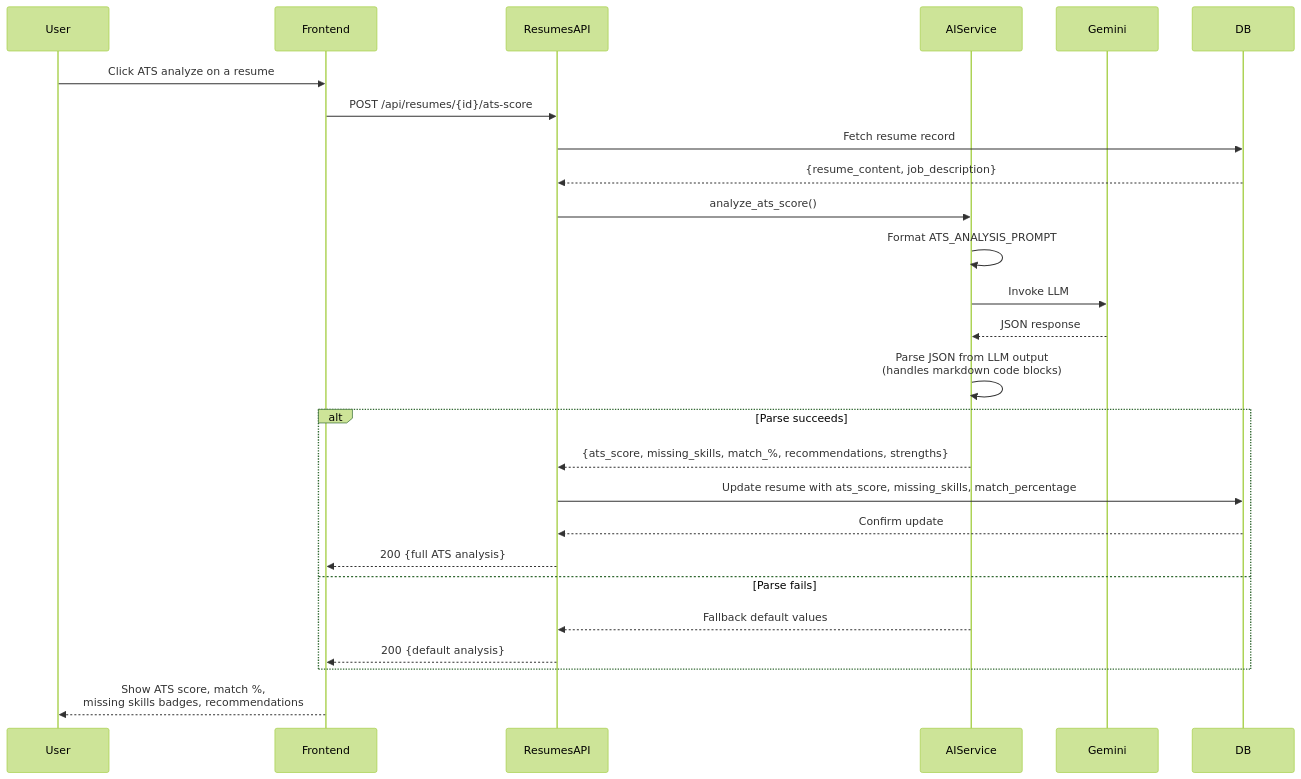
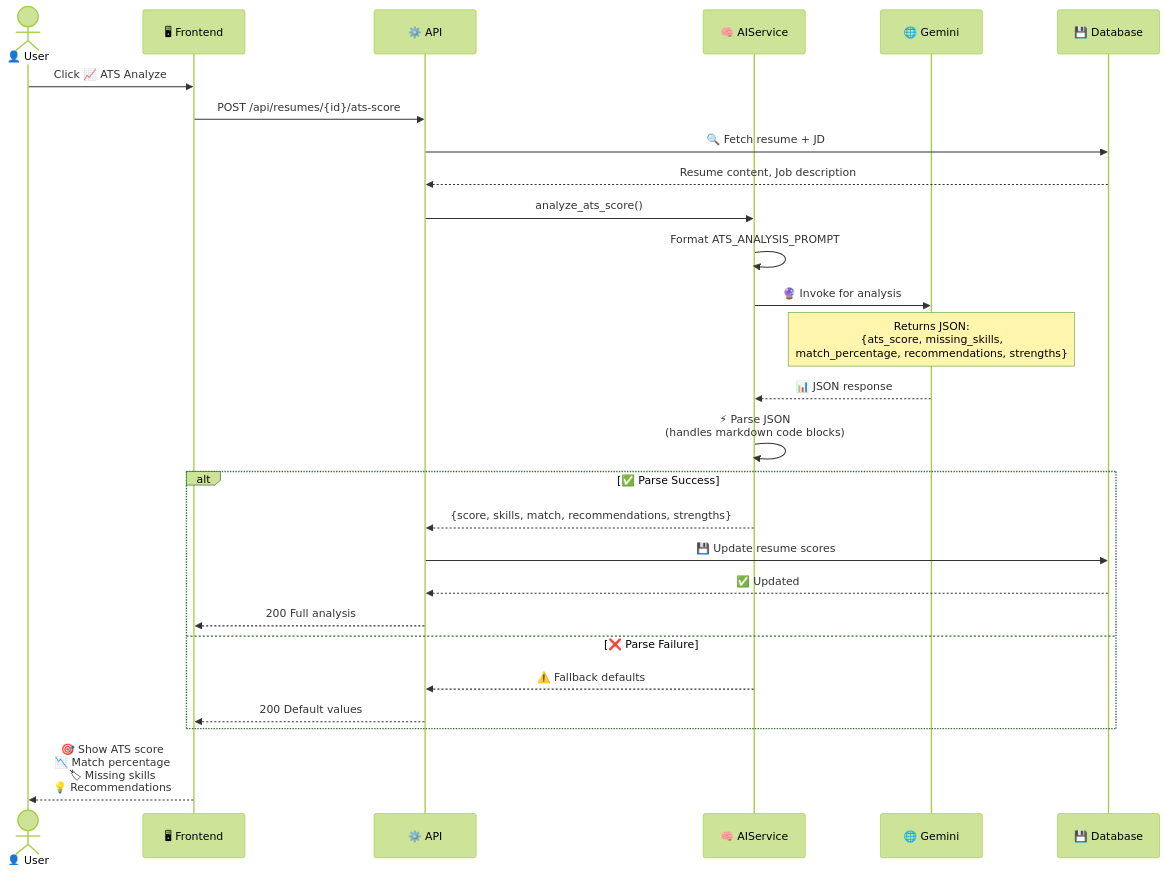
Before and after one commit to GaganCB2002/ColdForge: the third of 6 diagrams in README.md, drawn with Mermaid (forest theme). The commit also changed other lines of this file, not shown here.

````diff
--- a/README.md
+++ b/README.md
@@ -199,29 +163,34 @@
 ```mermaid
 sequenceDiagram
-    participant User
-    participant Frontend
-    participant ResumesAPI
-    participant AIService
-    participant Gemini
-    participant DB
+    actor U as 👤 User
+    participant F as 🖥 Frontend
+    participant BE as ⚙️ API
+    participant AI as 🧠 AIService
+    participant LLM as 🌐 Gemini
+    participant DB as 💾 Database
 
-    User->>Frontend: Click ATS analyze on a resume
-    Frontend->>ResumesAPI: POST /api/resumes/{id}/ats-score
-    ResumesAPI->>DB: Fetch resume record
-    DB-->>ResumesAPI: {resume_content, job_description}
-    ResumesAPI->>AIService: analyze_ats_score()
-    AIService->>AIService: Format ATS_ANALYSIS_PROMPT
-    AIService->>Gemini: Invoke LLM
-    Gemini-->>AIService: JSON response
-    AIService->>AIService: Parse JSON from LLM output<br/>(handles markdown code blocks)
-    alt Parse succeeds
-        AIService-->>ResumesAPI: {ats_score, missing_skills, match_%, recommendations, strengths}
-        ResumesAPI->>DB: Update resume with ats_score, missing_skills, match_percentage
-        DB-->>ResumesAPI: Confirm update
-        ResumesAPI-->>Frontend: 200 {full ATS analysis}
-    else Parse fails
-        AIService-->>ResumesAPI: Fallback default values
-        ResumesAPI-->>Frontend: 200 {default analysis}
+    U->>F: Click 📈 ATS Analyze
+    F->>BE: POST /api/resumes/{id}/ats-score
+    BE->>DB: 🔍 Fetch resume + JD
+    DB-->>BE: Resume content, Job description
+    BE->>AI: analyze_ats_score()
+    AI->>AI: Format ATS_ANALYSIS_PROMPT
+    AI->>LLM: 🔮 Invoke for analysis
+    
+    Note over LLM: Returns JSON:<br/>{ats_score, missing_skills,<br/>match_percentage, recommendations, strengths}
+    
+    LLM-->>AI: 📊 JSON response
+    AI->>AI: ⚡ Parse JSON<br/>(handles markdown code blocks)
+    
+    alt ✅ Parse Success
+        AI-->>BE: {score, skills, match, recommendations, strengths}
+        BE->>DB: 💾 Update resume scores
+        DB-->>BE: ✅ Updated
+        BE-->>F: 200 Full analysis
+    else ❌ Parse Failure
+        AI-->>BE: ⚠️ Fallback defaults
+        BE-->>F: 200 Default values
     end
-    Frontend-->>User: Show ATS score, match %,<br/>missing skills badges, recommendations
+    
+    F-->>U: 🎯 Show ATS score<br/>📉 Match percentage<br/>🏷 Missing skills<br/>💡 Recommendations
 ```
````
